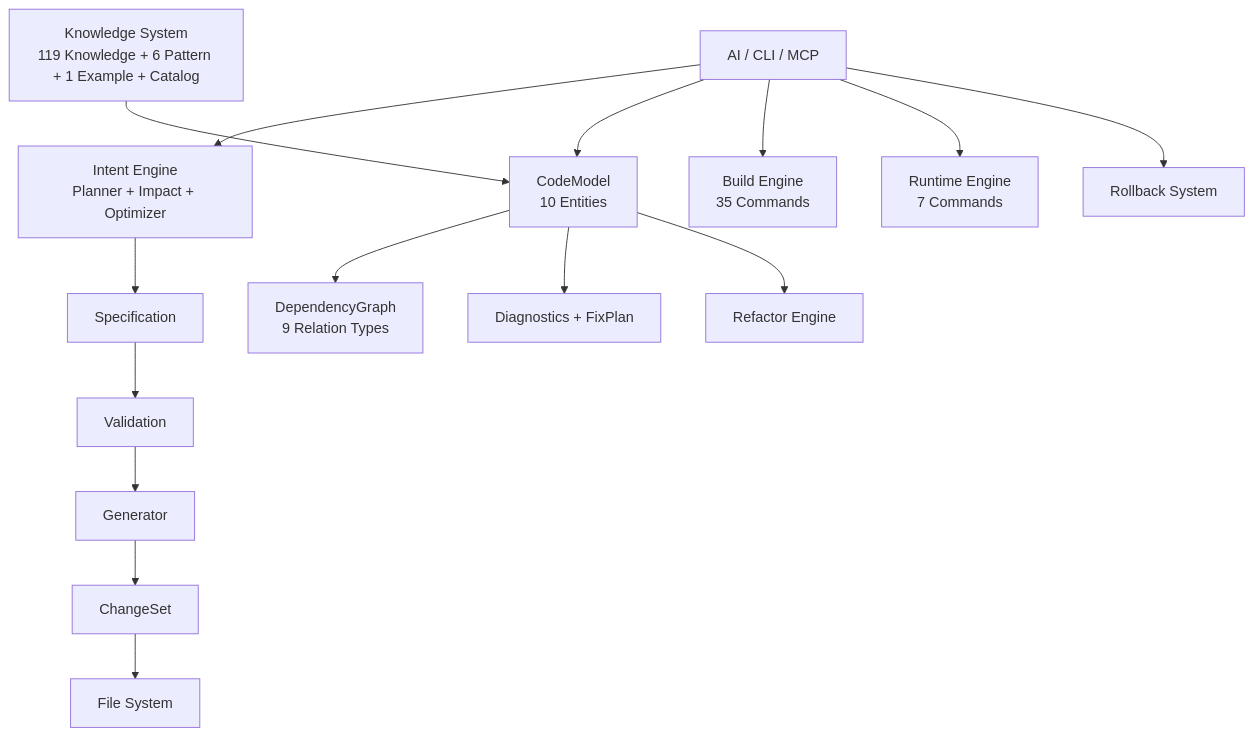
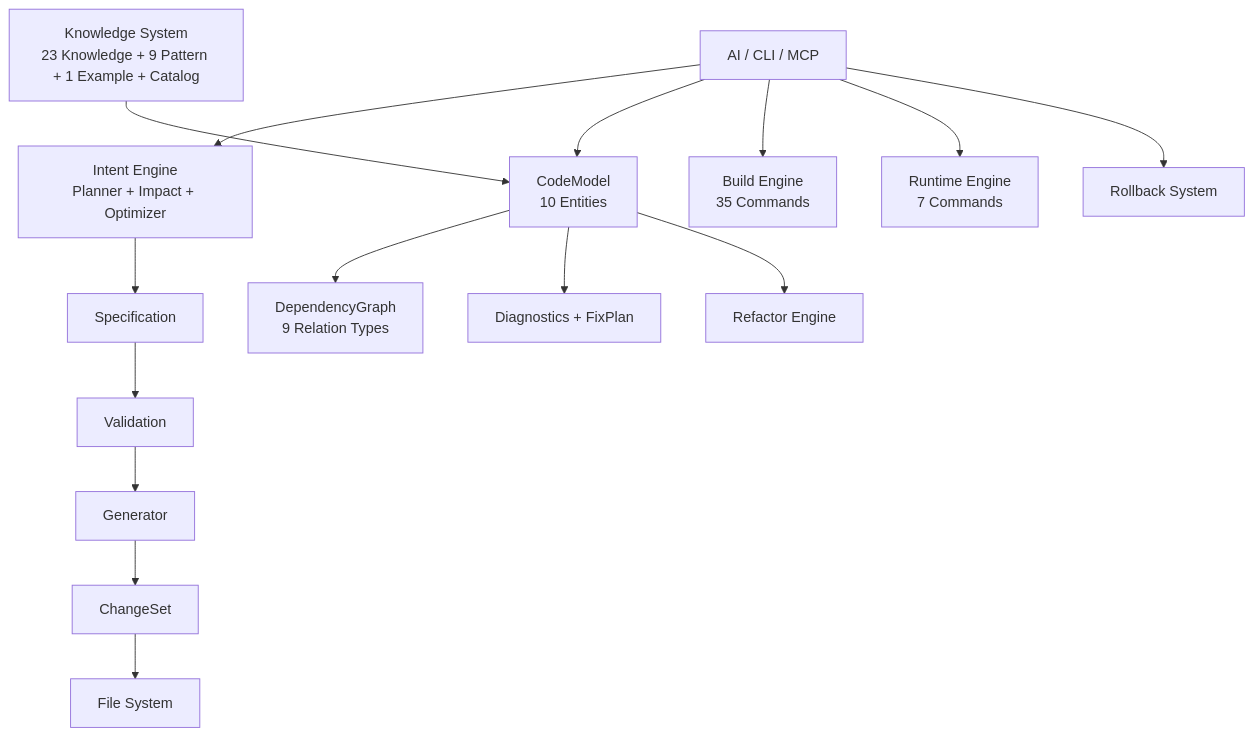
Before and after one commit to chenlei-gh/CADE: the diagram in README.md, drawn with Mermaid. The commit also changed other lines of this file and 1 other file, not shown here.

Commit message:
Update README and SKILL.md: UI layout highlights, knowledge counts (23K+9P+1E=33)

````diff
--- a/README.md
+++ b/README.md
@@ -188,20 +205,20 @@
 ```mermaid
 graph TD
     A[AI / CLI / MCP] --> P[Intent Engine<br/>Planner + Impact + Optimizer]
     P --> B[Specification]
     B --> C[Validation]
     C --> D[Generator]
     D --> E[ChangeSet]
     E --> F[File System]
 
     A --> G[CodeModel<br/>10 Entities]
     G --> H[DependencyGraph<br/>9 Relation Types]
     G --> I[Diagnostics + FixPlan]
     G --> J[Refactor Engine]
 
     A --> K[Build Engine<br/>35 Commands]
     A --> L[Runtime Engine<br/>7 Commands]
     A --> M[Rollback System]
 
-    N[Knowledge System<br/>119 Knowledge + 6 Pattern + 1 Example + Catalog] --> G
+    N[Knowledge System<br/>23 Knowledge + 9 Pattern + 1 Example + Catalog] --> G
 ```
````
